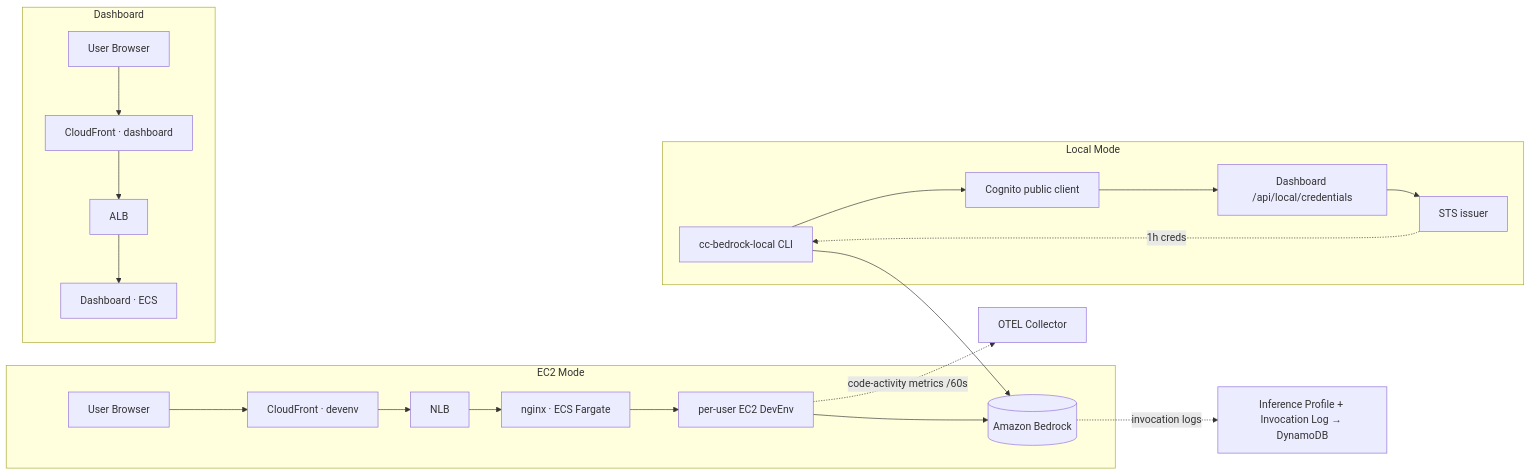
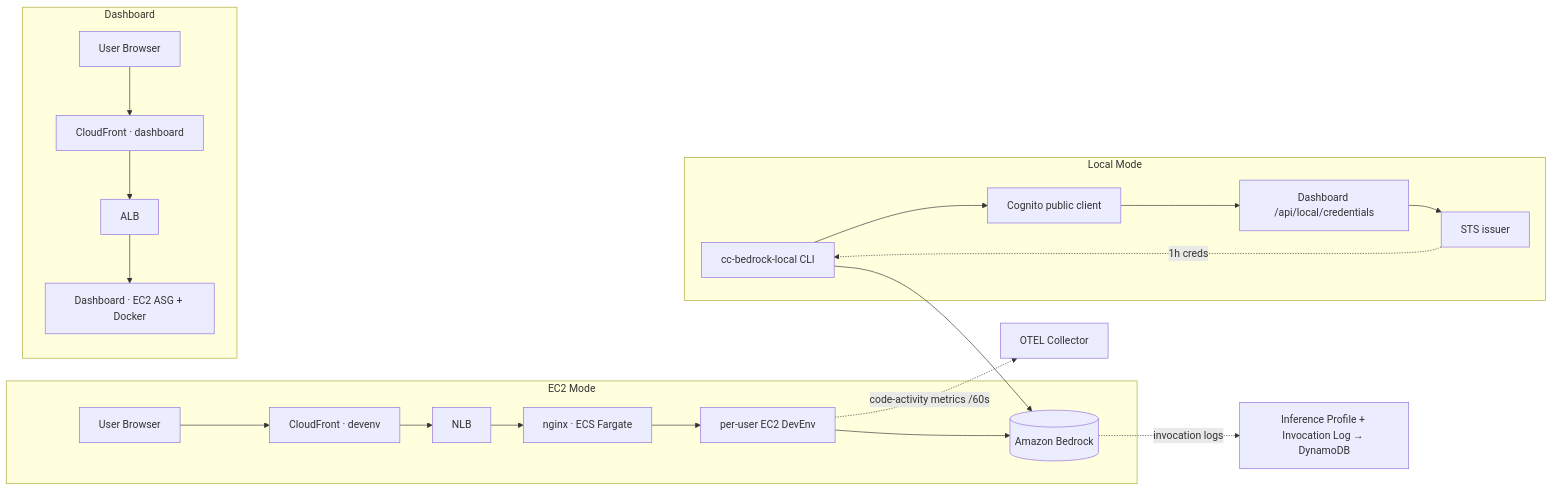
Before and after one commit to Atom-oh/cc-on-bedrock: the diagram in docs/architecture.md, drawn with Mermaid. The commit also changed other lines of this file and 24 other files, not shown here.

````diff
--- a/docs/architecture.md
+++ b/docs/architecture.md
@@ -15,17 +15,17 @@
 ```mermaid
 graph LR
   subgraph EC2 Mode
     U1[User Browser] --> CFd[CloudFront · devenv] --> NLB --> NG[nginx · ECS Fargate] --> EC2[per-user EC2 DevEnv]
     EC2 --> BR[(Amazon Bedrock)]
   end
   subgraph Dashboard
-    U2[User Browser] --> CFa[CloudFront · dashboard] --> ALB --> DASH[Dashboard · ECS]
+    U2[User Browser] --> CFa[CloudFront · dashboard] --> ALB --> DASH[Dashboard · EC2 ASG + Docker]
   end
   subgraph Local Mode
     L[cc-bedrock-local CLI] --> CG[Cognito public client] --> API[Dashboard /api/local/credentials] --> STS[STS issuer]
     STS -. 1h creds .-> L
     L --> BR
   end
   EC2 -. code-activity metrics /60s .-> OT[OTEL Collector]
   BR -. invocation logs .-> AGG[Inference Profile + Invocation Log → DynamoDB]
 ```
````
